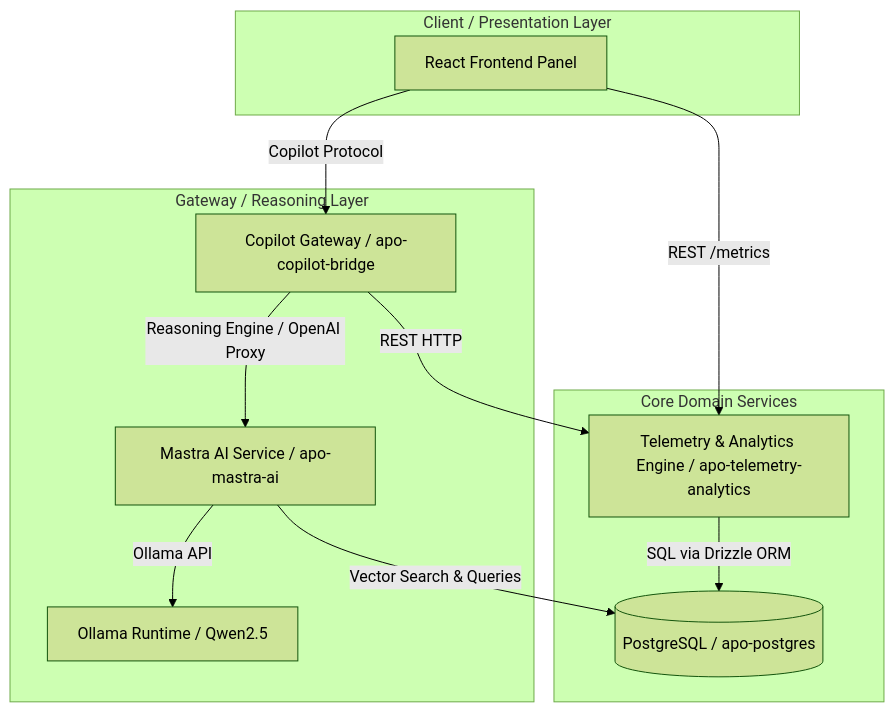
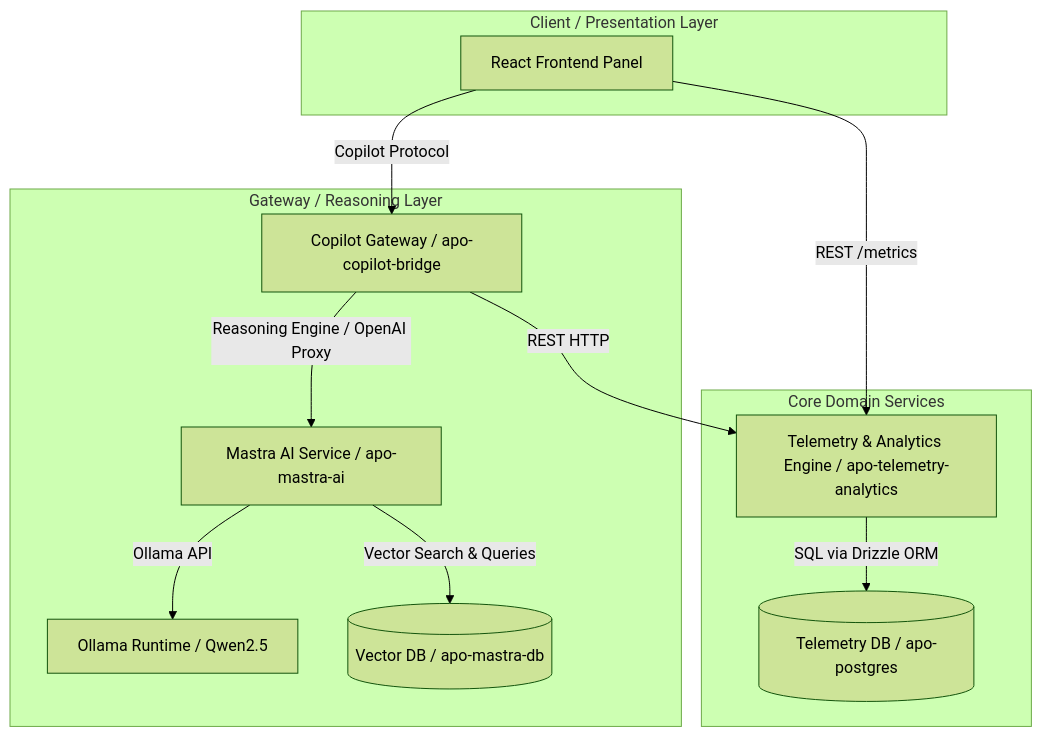
One commit to bugaro/Paywall-Optimizer-APO- changed the diagram in README.md. Above: the diagram before and after it, drawn with Mermaid (forest theme). The commit also changed 2 other files, not shown here.

Commit message:
docs: correct database configuration in architecture diagrams and hosts.md

````diff
--- a/README.md
+++ b/README.md
@@ -29,25 +29,26 @@
 ```mermaid
 graph TD
     subgraph Client [Client / Presentation Layer]
         React[React Frontend Panel]
     end
 
     subgraph Gateway [Gateway / Reasoning Layer]
         Bridge[Copilot Gateway / apo-copilot-bridge]
         Mastra[Mastra AI Service / apo-mastra-ai]
         Ollama[Ollama Runtime / Qwen2.5]
+        MastraDB[(Vector DB / apo-mastra-db)]
     end
 
     subgraph Core [Core Domain Services]
         Telemetry[Telemetry & Analytics Engine / apo-telemetry-analytics]
-        DB[(PostgreSQL / apo-postgres)]
+        TelemetryDB[(Telemetry DB / apo-postgres)]
     end
 
     React -->|REST /metrics| Telemetry
     React -->|Copilot Protocol| Bridge
     Bridge -->|REST HTTP| Telemetry
     Bridge -->|Reasoning Engine / OpenAI Proxy| Mastra
     Mastra -->|Ollama API| Ollama
-    Mastra -->|Vector Search & Queries| DB
-    Telemetry -->|SQL via Drizzle ORM| DB
+    Mastra -->|Vector Search & Queries| MastraDB
+    Telemetry -->|SQL via Drizzle ORM| TelemetryDB
 ```
````
